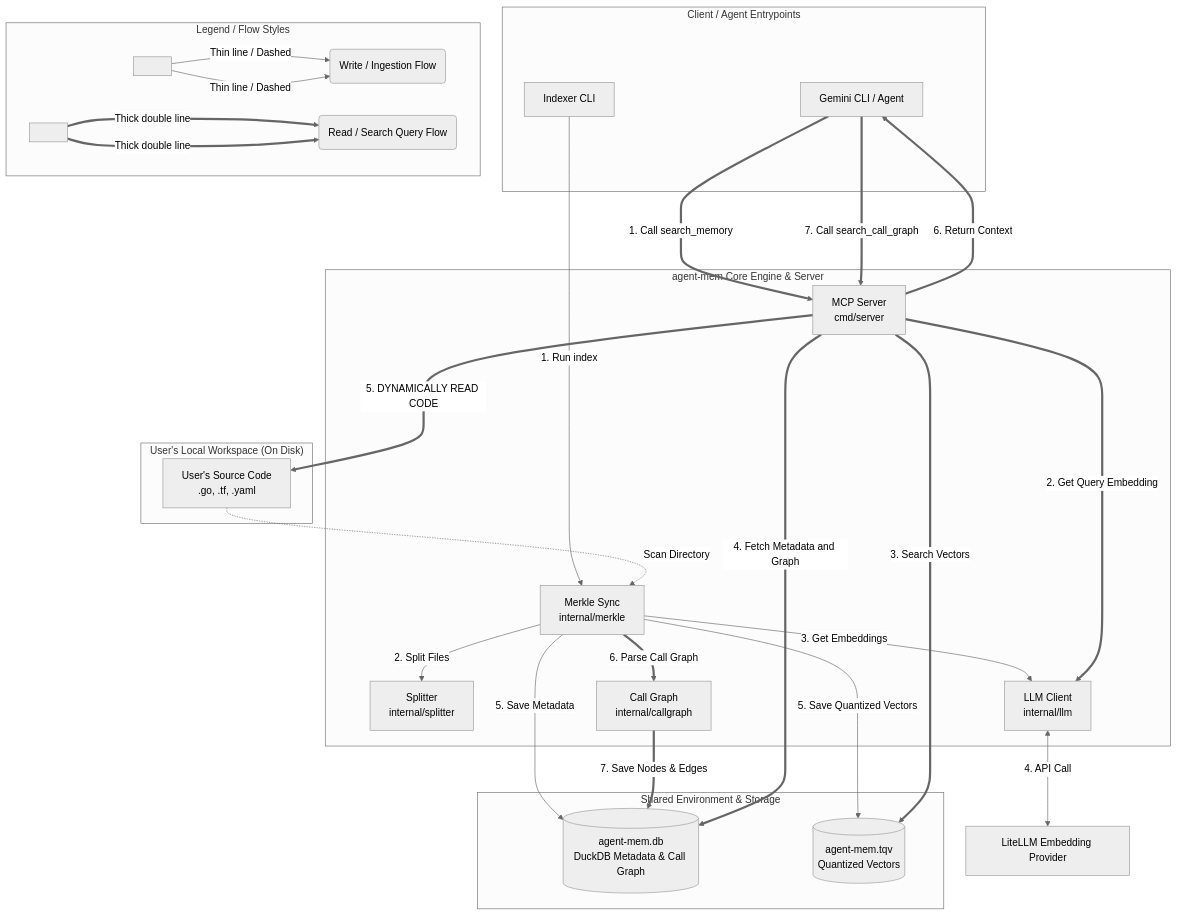
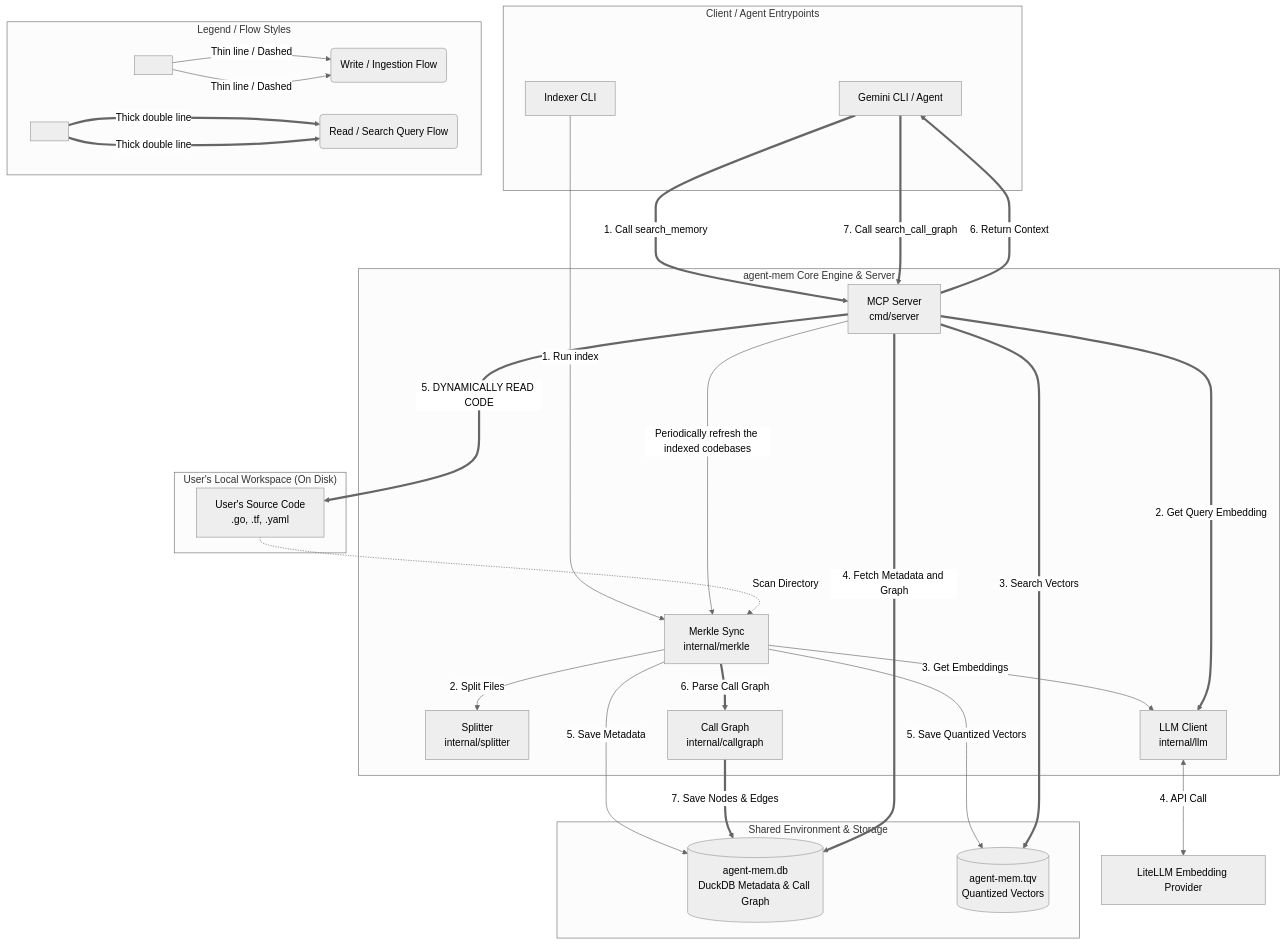
One commit to datnguyenzzz/semantic-grep changed the diagram in README.md. Above: the diagram before and after it, drawn with Mermaid (neutral theme).

````diff
--- a/README.md
+++ b/README.md
@@ -66,74 +66,75 @@
 ```mermaid
 flowchart TD
     %% Entrypoints & Client
     subgraph Client ["Client / Agent Entrypoints"]
         cli[Gemini CLI / Agent]
         idx_cli[Indexer CLI]
     end
 
     %% Core Components
     subgraph Core ["agent-mem Core Engine & Server"]
         merkle[Merkle Sync<br/>internal/merkle]
         splitter[Splitter<br/>internal/splitter]
         llm[LLM Client<br/>internal/llm]
         callgraph[Call Graph<br/>internal/callgraph]
         mcp_srv[MCP Server<br/>cmd/server]
     end
 
     %% Shared Environment & Databases
     subgraph Storage ["Shared Environment & Storage"]
         duckdb_file[(agent-mem.db<br/>DuckDB Metadata & Call Graph)]
         tqv_file[(agent-mem.tqv<br/>Quantized Vectors)]
     end
 
     %% User's Environment
     subgraph Workspace ["User's Local Workspace (On Disk)"]
         code_files[User's Source Code<br/>.go, .tf, .yaml]
     end
 
     %% External Provider
     litellm[LiteLLM Embedding Provider]
 
     %% ──────────────────────────────────────────────────────────
     %% WRITE PATH: Indexing & Ingestion (Thin lines / Dashes)
     %% ──────────────────────────────────────────────────────────
     idx_cli -->|1. Run index| merkle
+    mcp_srv -->|Periodically refresh the indexed codebases| merkle
     code_files -.->|Scan Directory| merkle
     merkle -->|2. Split Files| splitter
     merkle -->|3. Get Embeddings| llm
     llm <-->|4. API Call| litellm
     merkle -->|5. Save Metadata| duckdb_file
     merkle -->|5. Save Quantized Vectors| tqv_file
     merkle ==>|6. Parse Call Graph| callgraph
     callgraph ==>|7. Save Nodes & Edges| duckdb_file
 
     %% ──────────────────────────────────────────────────────────
     %% READ PATH: MCP Search & Retrieval (Thick Double Lines)
     %% ──────────────────────────────────────────────────────────
     cli ===>|1. Call search_memory| mcp_srv
     mcp_srv ===>|2. Get Query Embedding| llm
     mcp_srv ===>|3. Search Vectors| tqv_file
     mcp_srv ===>|4. Fetch Metadata and Graph| duckdb_file
     mcp_srv ===>|5. DYNAMICALLY READ CODE| code_files
     mcp_srv ===>|6. Return Context| cli
     
     cli ===>|7. Call search_call_graph| mcp_srv
 
      %% ──────────────────────────────────────────────────────────
     %% FLOW LEGEND (Self-Explanatory Arrow Styles)
     %% ──────────────────────────────────────────────────────────
     subgraph Legend ["Legend / Flow Styles"]
         direction LR
         style_w[ ] -->|Thin line / Dashed| desc_w(Write / Ingestion Flow)
         style_r[ ] ===>|Thick double line| desc_r(Read / Search Query Flow)
     end
 
     %% ──────────────────────────────────────────────────────────
     %% FLOW LEGEND (Self-Explanatory Arrow Styles)
     %% ──────────────────────────────────────────────────────────
     subgraph Legend ["Legend / Flow Styles"]
         direction LR
         style_w[ ] -->|Thin line / Dashed| desc_w(Write / Ingestion Flow)
         style_r[ ] ===>|Thick double line| desc_r(Read / Search Query Flow)
     end
 ```
````
